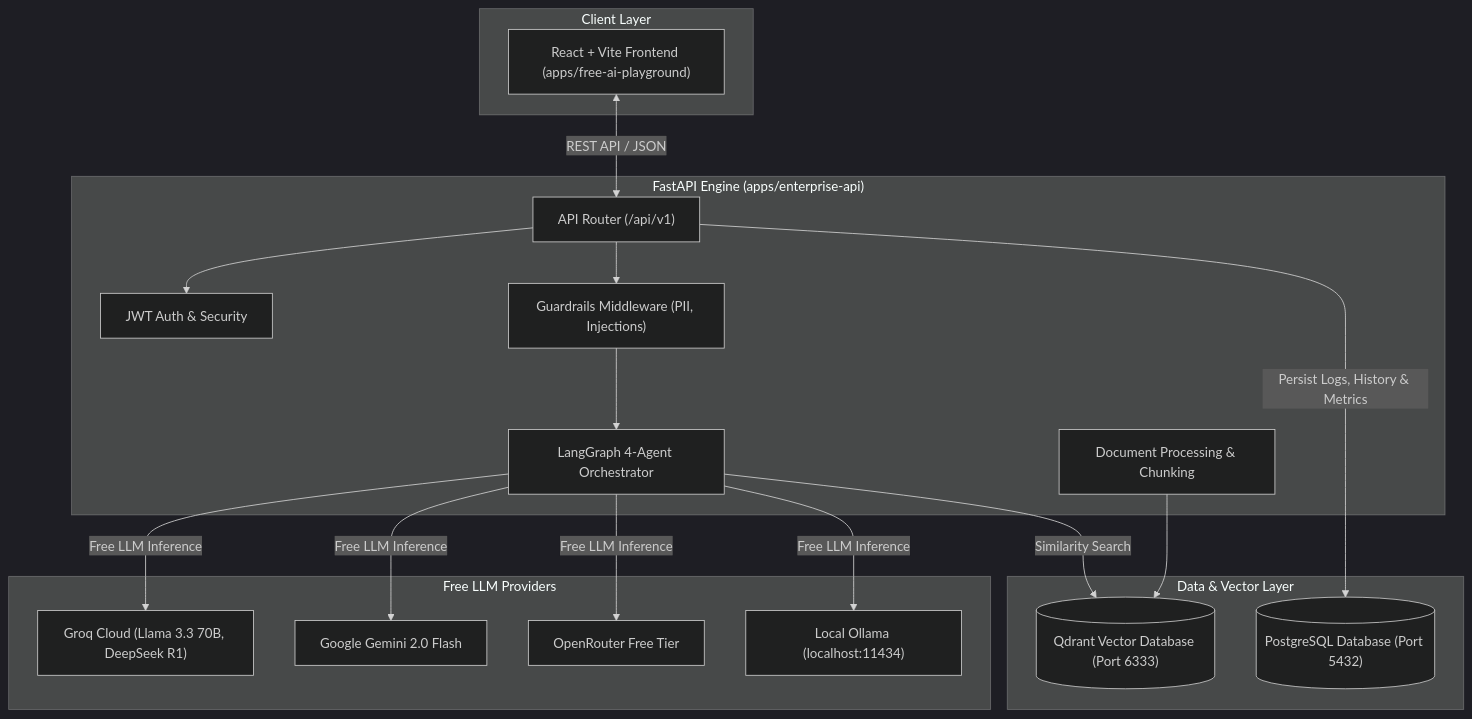
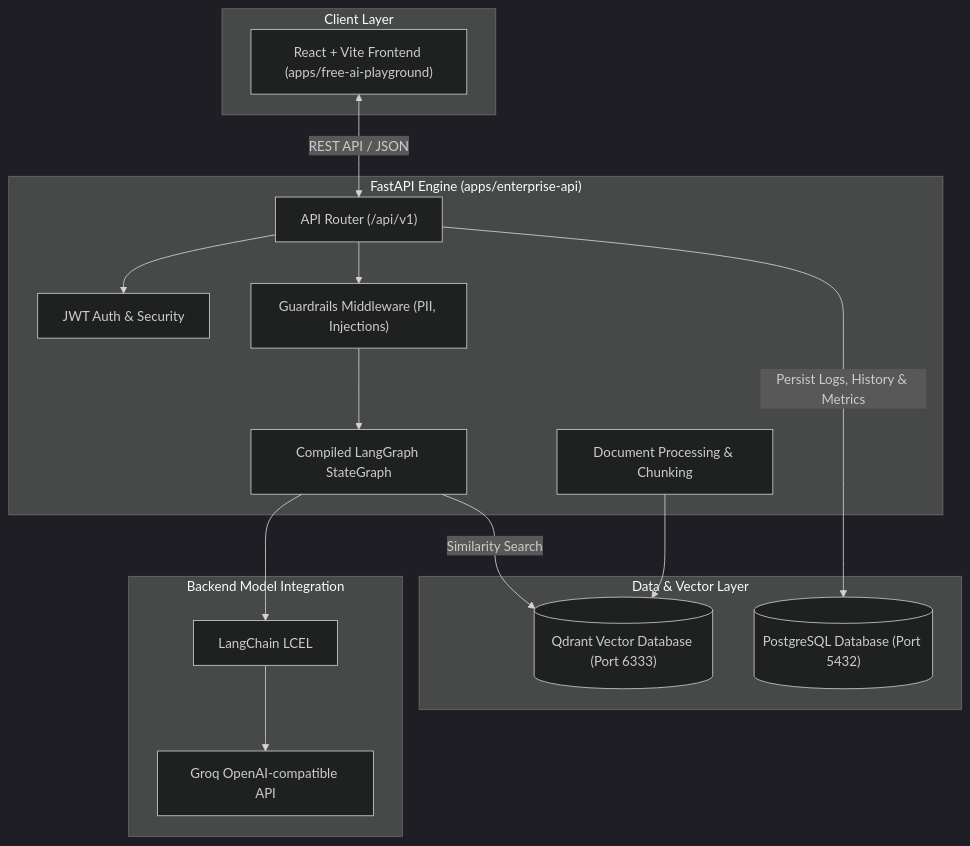
Before and after one commit to i-abhishek-04/langchain-enterprise-ai-platform: the first of 2 diagrams in docs/ARCHITECTURE.md, drawn with Mermaid (dark theme). The commit also changed other lines of this file and 20 other files, not shown here.

````diff
--- a/docs/ARCHITECTURE.md
+++ b/docs/ARCHITECTURE.md
@@ -9,35 +9,33 @@
 ```mermaid
 flowchart TD
     subgraph Client ["Client Layer"]
         ReactUI["React + Vite Frontend (apps/free-ai-playground)"]
     end
 
     subgraph API ["FastAPI Engine (apps/enterprise-api)"]
         Router["API Router (/api/v1)"]
         Auth["JWT Auth & Security"]
         Guard["Guardrails Middleware (PII, Injections)"]
-        Graph["LangGraph 4-Agent Orchestrator"]
+        Graph["Compiled LangGraph StateGraph"]
         Ingest["Document Processing & Chunking"]
     end
 
     subgraph Data ["Data & Vector Layer"]
         Qdrant[("Qdrant Vector Database (Port 6333)")]
         Postgres[("PostgreSQL Database (Port 5432)")]
     end
 
-    subgraph AI ["Free LLM Providers"]
-        Groq["Groq Cloud (Llama 3.3 70B, DeepSeek R1)"]
-        Gemini["Google Gemini 2.0 Flash"]
-        OpenRouter["OpenRouter Free Tier"]
-        Ollama["Local Ollama (localhost:11434)"]
+    subgraph AI ["Backend Model Integration"]
+        LCEL["LangChain LCEL"]
+        Groq["Groq OpenAI-compatible API"]
     end
 
     ReactUI <-->|REST API / JSON| Router
     Router --> Auth
     Router --> Guard
     Guard --> Graph
     Ingest --> Qdrant
     Graph -->|Similarity Search| Qdrant
-    Graph -->|Free LLM Inference| Groq & Gemini & OpenRouter & Ollama
+    Graph --> LCEL --> Groq
     Router -->|Persist Logs, History & Metrics| Postgres
 ```
````
